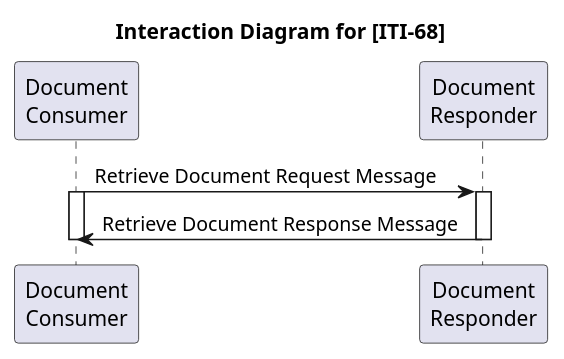
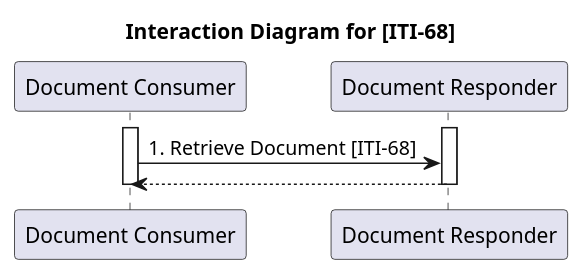
The diagram in input/images-source/MHD_ActorDiagram_ITI-68.plantuml (ehealthsuisse/ch-epr-fhir), drawn with PlantUML before and after one commit. The commit also changed 31 other files, not shown here.

```diff
--- a/input/images-source/MHD_ActorDiagram_ITI-68.plantuml
+++ b/input/images-source/MHD_ActorDiagram_ITI-68.plantuml
@@ -1,16 +1,14 @@
 @startuml
 
 title Interaction Diagram for [ITI-68]
 
-participant consumer as "Document\nConsumer"
-participant responder as "Document\nResponder"
-
-consumer -> responder: Retrieve Document Request Message
-activate consumer
-activate responder
-
-responder -> consumer: Retrieve Document Response Message
-deactivate responder
-deactivate consumer
+participant "Document Consumer" as DocumentConsumer
+participant "Document Responder" as DocumentResponder
+activate "DocumentConsumer"
+activate "DocumentResponder"
+"DocumentConsumer" -> "DocumentResponder" : 1. Retrieve Document [ITI-68]
+return
+deactivate "DocumentConsumer"
+deactivate "DocumentResponder"
 
 @enduml 
```
